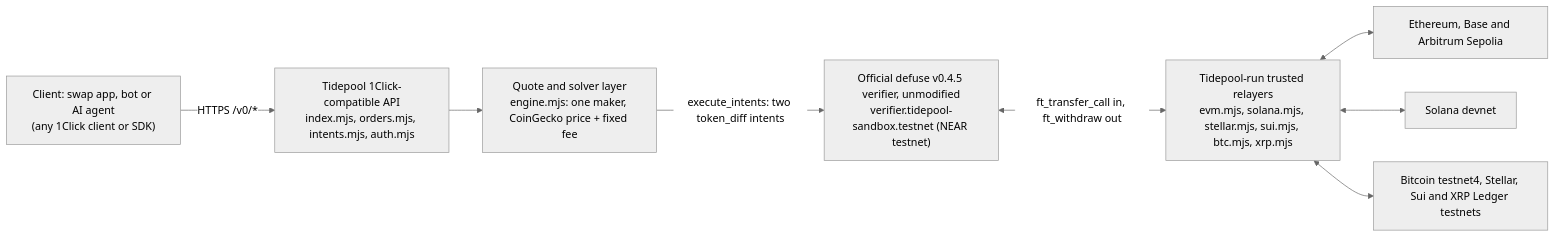
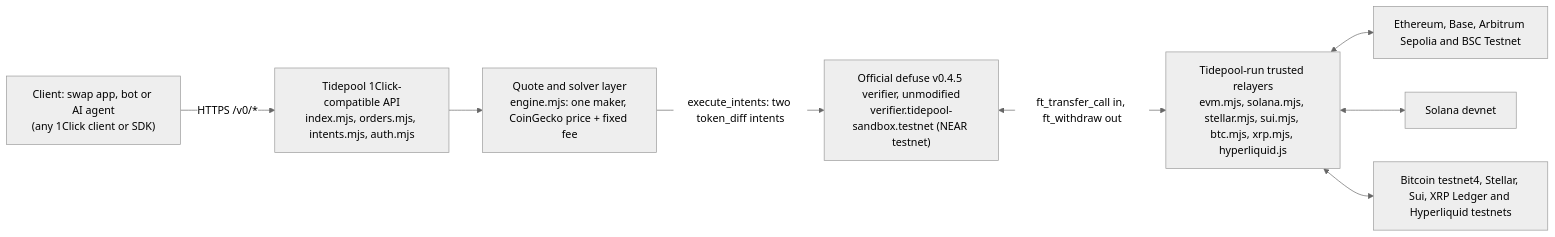
One commit to Watchmeecryt/tidepool changed the diagram in README.md. Above: the diagram before and after it, drawn with Mermaid (neutral theme). The commit also changed other lines of this file, not shown here.

````diff
--- a/README.md
+++ b/README.md
@@ -35,10 +36,10 @@
 ```mermaid
 flowchart LR
   C["Client: swap app, bot or AI agent<br/>(any 1Click client or SDK)"] -->|"HTTPS /v0/*"| A["Tidepool 1Click-compatible API<br/>index.mjs, orders.mjs, intents.mjs, auth.mjs"]
   A --> Q["Quote and solver layer<br/>engine.mjs: one maker, CoinGecko price + fixed fee"]
   Q -->|"execute_intents: two token_diff intents"| V["Official defuse v0.4.5 verifier, unmodified<br/>verifier.tidepool-sandbox.testnet (NEAR testnet)"]
-  V <-->|"ft_transfer_call in, ft_withdraw out"| B["Tidepool-run trusted relayers<br/>evm.mjs, solana.mjs, stellar.mjs, sui.mjs, btc.mjs, xrp.mjs"]
-  B <--> E["Ethereum, Base and Arbitrum Sepolia"]
+  V <-->|"ft_transfer_call in, ft_withdraw out"| B["Tidepool-run trusted relayers<br/>evm.mjs, solana.mjs, stellar.mjs, sui.mjs, btc.mjs, xrp.mjs, hyperliquid.js"]
+  B <--> E["Ethereum, Base, Arbitrum Sepolia and BSC Testnet"]
   B <--> S["Solana devnet"]
-  B <--> O["Bitcoin testnet4, Stellar, Sui and XRP Ledger testnets"]
+  B <--> O["Bitcoin testnet4, Stellar, Sui, XRP Ledger and Hyperliquid testnets"]
 ```
````
